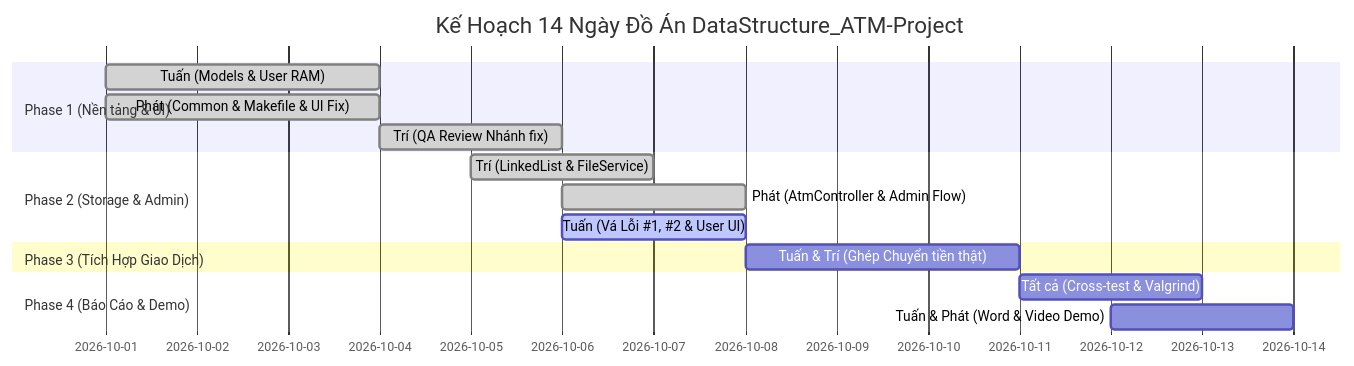
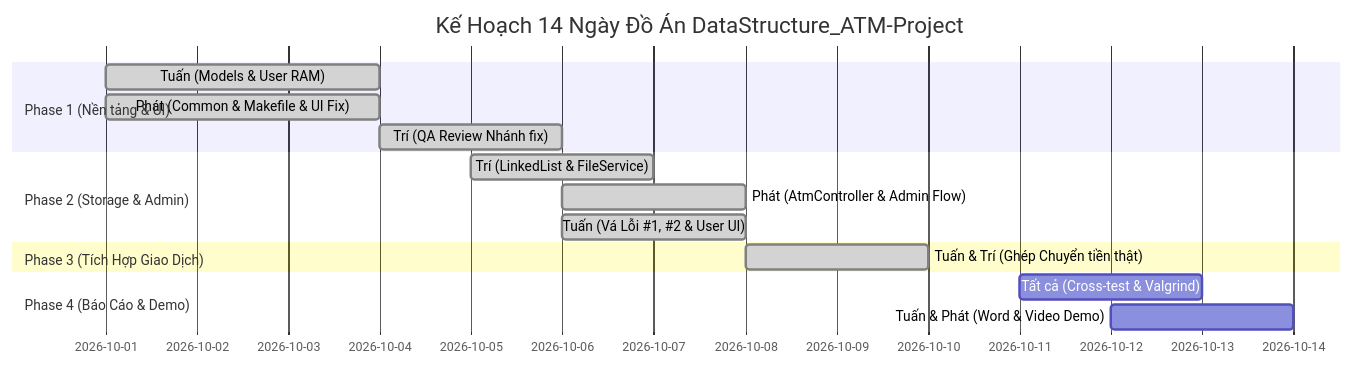
One commit to phattvh/DataStructure_ATM-Project changed the second of 2 diagrams in docs/TIEN_DO_CONG_VIEC.md. Above: the diagram before and after it, drawn with Mermaid. The commit also changed other lines of this file and 6 other files, not shown here.

````diff
--- a/docs/TIEN_DO_CONG_VIEC.md
+++ b/docs/TIEN_DO_CONG_VIEC.md
@@ -95,18 +95,18 @@
 ```mermaid
 gantt
     title Kế Hoạch 14 Ngày Đồ Án DataStructure_ATM-Project
     dateFormat  YYYY-MM-DD
     section Phase 1 (Nền tảng & UI)
     Tuấn (Models & User RAM)         :done, p1_a, 2026-10-01, 3d
     Phát (Common & Makefile & UI Fix):done, p1_c, 2026-10-01, 3d
     Trí (QA Review Nhánh fix)       :done, p1_b, 2026-10-04, 2d
     section Phase 2 (Storage & Admin)
     Trí (LinkedList & FileService)  :done, p2_b, 2026-10-05, 2d
     Phát (AtmController & Admin Flow):done, p2_c, 2026-10-06, 2d
-    Tuấn (Vá Lỗi #1, #2 & User UI)  :active, p2_a, 2026-10-06, 2d
+    Tuấn (Vá Lỗi #1, #2 & User UI)  :done, p2_a, 2026-10-06, 2d
     section Phase 3 (Tích Hợp Giao Dịch)
-    Tuấn & Trí (Ghép Chuyển tiền thật):p3_ab, 2026-10-08, 3d
+    Tuấn & Trí (Ghép Chuyển tiền thật):done, p3_ab, 2026-10-08, 2d
     section Phase 4 (Báo Cáo & Demo)
     Tất cả (Cross-test & Valgrind)   :p4_test, 2026-10-11, 2d
     Tuấn & Phát (Word & Video Demo)  :p4_doc, 2026-10-12, 2d
 ```
````
